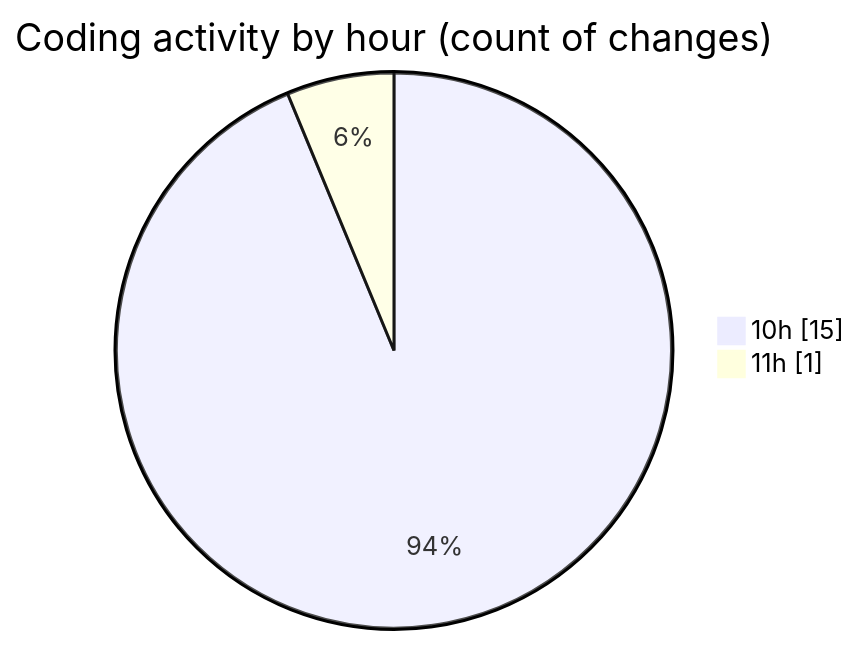
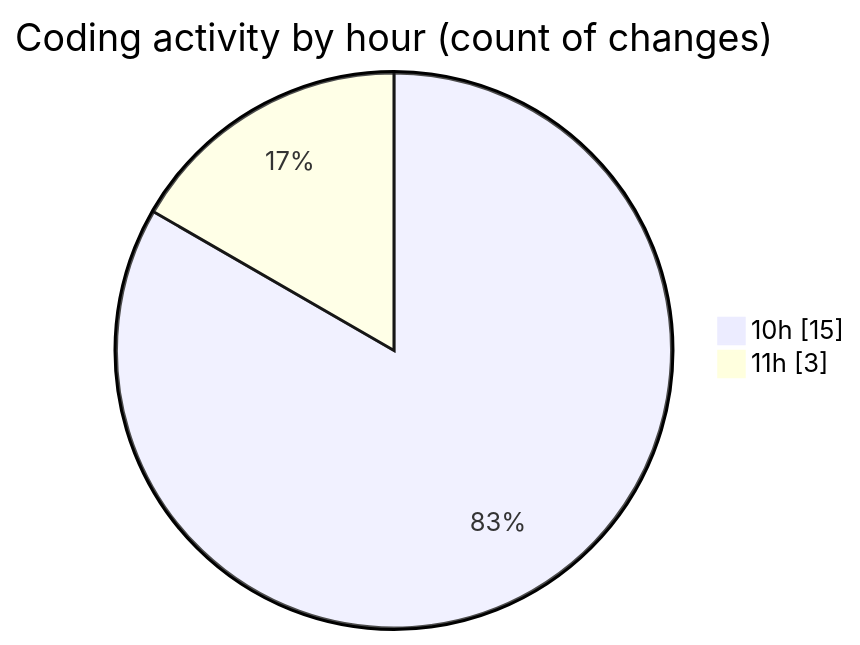
The second of 2 diagrams in 2026-02-19/nxtqube_webapp/README.md (nxtqubesakshisongat/code-tracking), drawn with Mermaid before and after one commit. The commit also changed other lines of this file and 1 other file, not shown here.

````diff
--- a/2026-02-19/nxtqube_webapp/README.md
+++ b/2026-02-19/nxtqube_webapp/README.md
@@ -32,6 +34,6 @@
 ```mermaid
 pie showData
 title Coding activity by hour (count of changes)
 "10h" : 15
-"11h" : 1
+"11h" : 3
 ```
````
